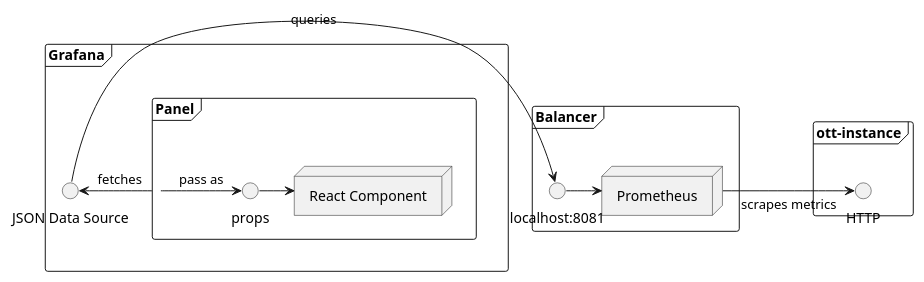
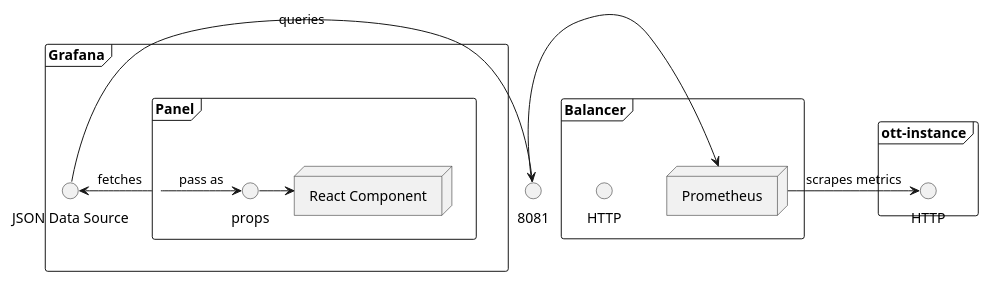
Before and after one commit to dyc3/senior-design: the diagram in figures/visualization-get-data-component.puml, drawn with PlantUML.

```diff
--- a/figures/visualization-get-data-component.puml
+++ b/figures/visualization-get-data-component.puml
@@ -1,26 +1,26 @@
 @startuml
 frame Balancer {
   node Prometheus
-  interface "localhost:8081" as 8081
+  interface "HTTP" as bal_http
 }
 
 frame Grafana {
   interface "JSON Data Source" as JSON
   frame Panel {
     node "React Component" as Component
     interface props
   }
 
 }
 
 frame ott-instance {
   interface HTTP
 }
 
 Panel -> JSON : fetches
 Panel -> props : pass as
 props -> Component
 JSON -> 8081 : queries
 8081 -> Prometheus
 Prometheus -> HTTP : scrapes metrics
 @enduml
```
